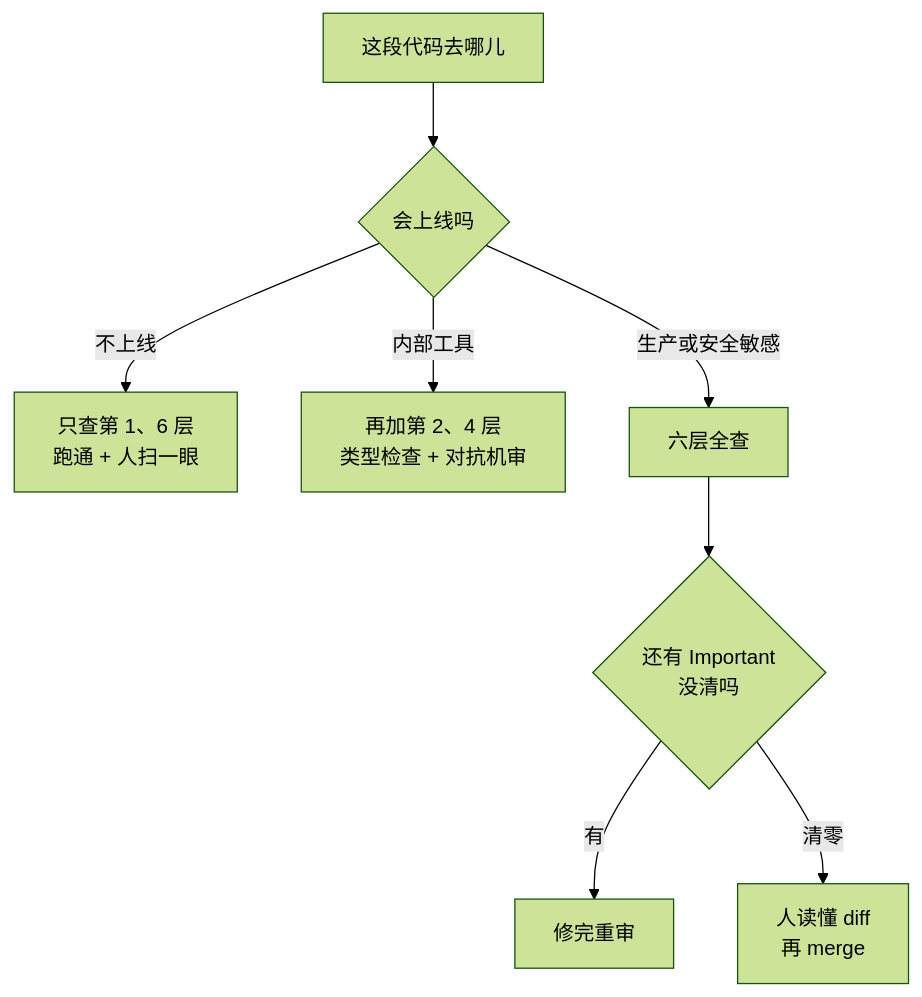
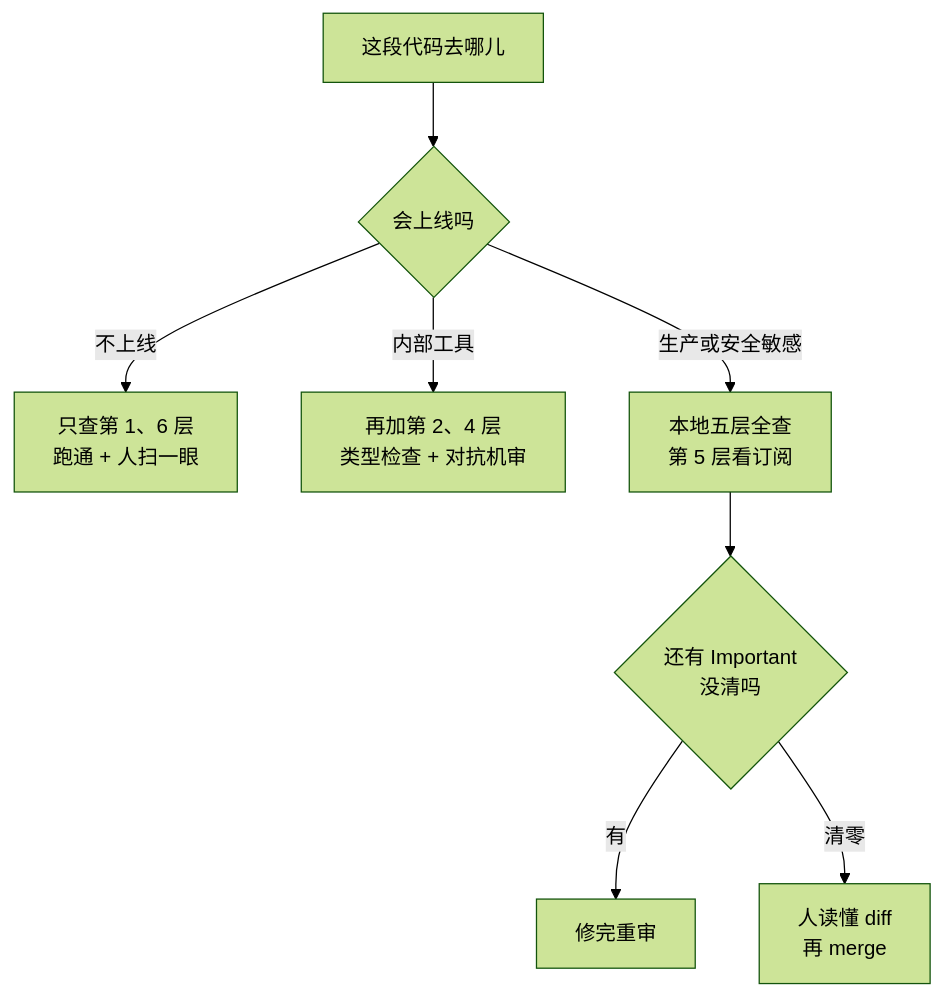
One commit to BigKunLun/AI-Coding-Playbook changed the diagram in 05-质量保证/040-怎么验证AI代码是真的对.md. Above: the diagram before and after it, drawn with Mermaid (forest theme). The commit also changed other lines of this file and 14 other files, not shown here.

````diff
--- a/05-质量保证/040-怎么验证AI代码是真的对.md
+++ b/05-质量保证/040-怎么验证AI代码是真的对.md
@@ -15,10 +16,10 @@
 ```mermaid
 flowchart TD
     A[这段代码去哪儿] --> B{会上线吗}
     B -->|不上线| C[只查第 1、6 层<br/>跑通 + 人扫一眼]
     B -->|内部工具| D[再加第 2、4 层<br/>类型检查 + 对抗机审]
-    B -->|生产或安全敏感| E[六层全查]
+    B -->|生产或安全敏感| E[本地五层全查<br/>第 5 层看订阅]
     E --> F{还有 Important<br/>没清吗}
     F -->|有| G[修完重审]
     F -->|清零| H[人读懂 diff<br/>再 merge]
 ```
````
